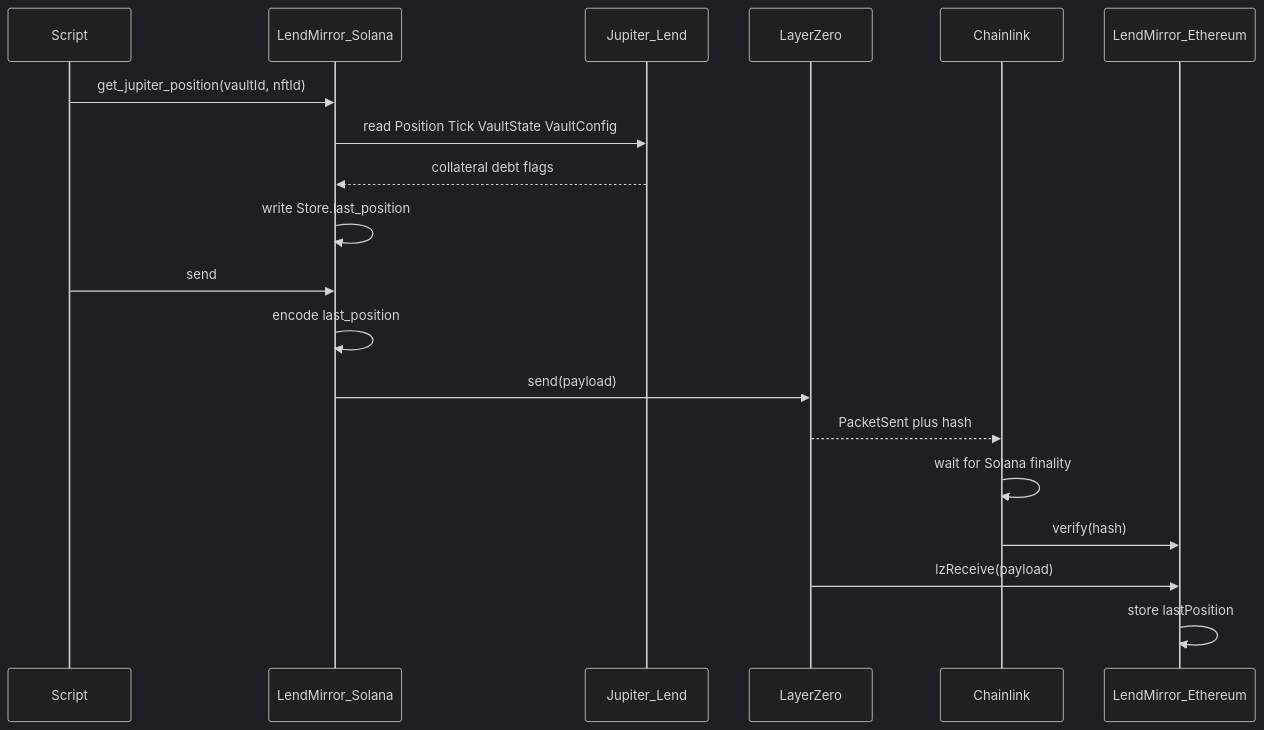
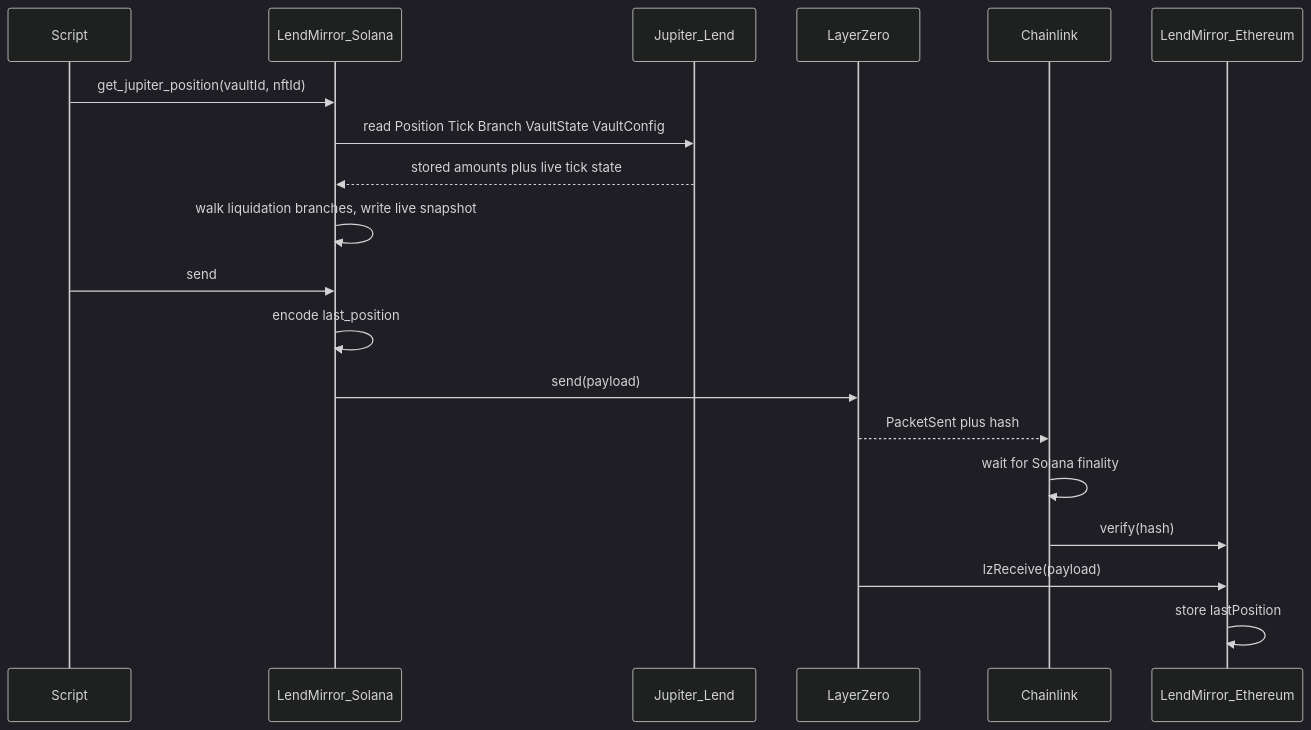
Before and after one commit to avyactjain/lendmirror: the diagram in readme.md, drawn with Mermaid (dark theme). The commit also changed other lines of this file and 28 other files, not shown here.

Commit message:
feat(lendmirror): compute live position from NFT

````diff
--- a/readme.md
+++ b/readme.md
@@ -29,22 +30,22 @@
 ```mermaid
 sequenceDiagram
     participant Script
     participant SolanaProgram as LendMirror_Solana
     participant Jupiter as Jupiter_Lend
     participant LZ as LayerZero
     participant CL as Chainlink
     participant Eth as LendMirror_Ethereum
 
     Script->>SolanaProgram: get_jupiter_position(vaultId, nftId)
-    SolanaProgram->>Jupiter: read Position Tick VaultState VaultConfig
-    Jupiter-->>SolanaProgram: collateral debt flags
-    SolanaProgram->>SolanaProgram: write Store.last_position
+    SolanaProgram->>Jupiter: read Position Tick Branch VaultState VaultConfig
+    Jupiter-->>SolanaProgram: stored amounts plus live tick state
+    SolanaProgram->>SolanaProgram: walk liquidation branches, write live snapshot
     Script->>SolanaProgram: send
     SolanaProgram->>SolanaProgram: encode last_position
     SolanaProgram->>LZ: send(payload)
     LZ-->>CL: PacketSent plus hash
     CL->>CL: wait for Solana finality
     CL->>Eth: verify(hash)
     LZ->>Eth: lzReceive(payload)
     Eth->>Eth: store lastPosition
 ```
````
